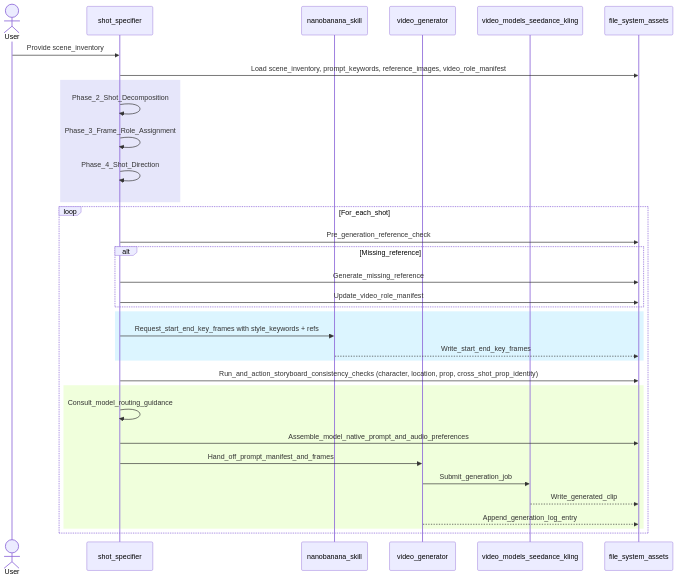
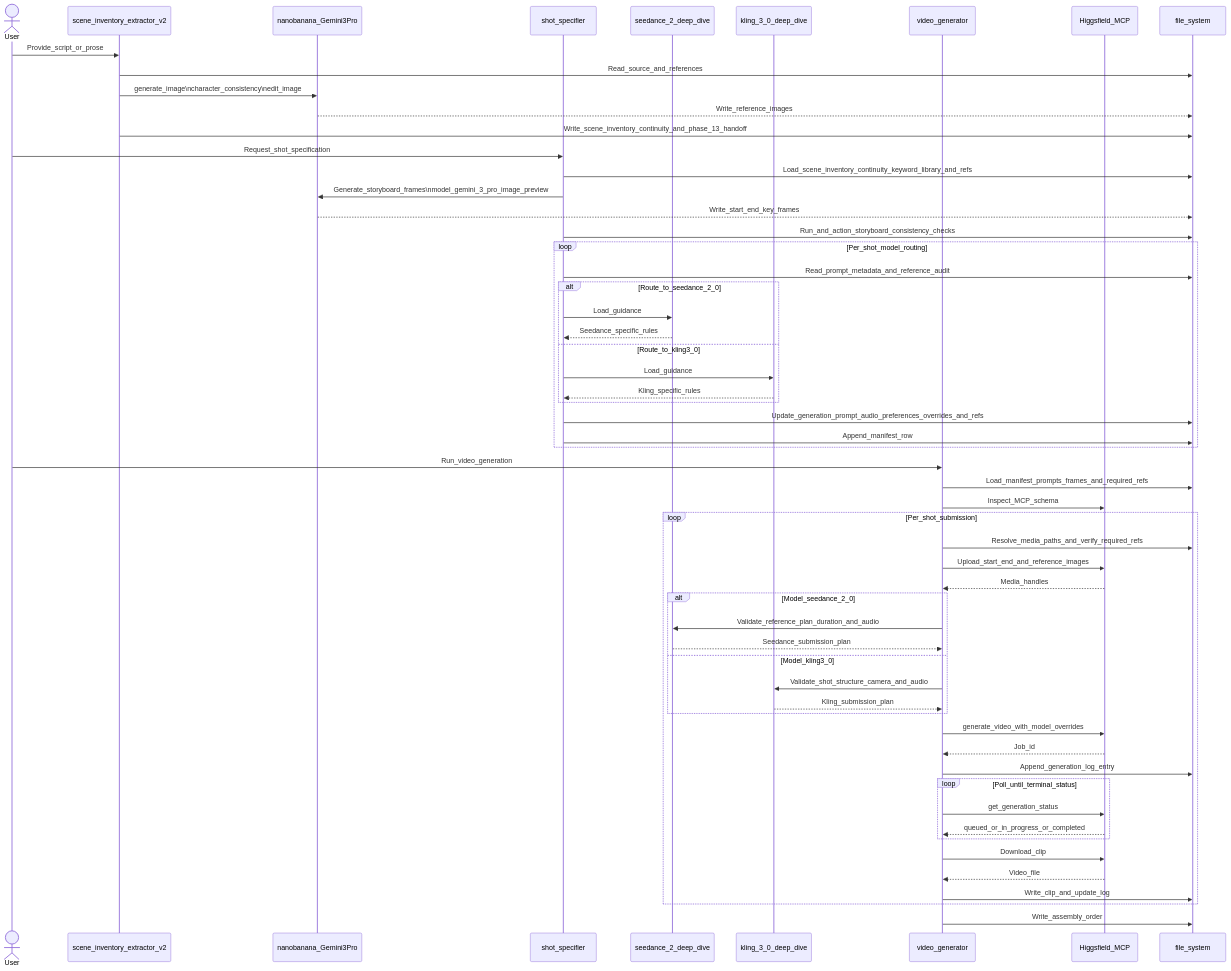
The first of 3 diagrams in docs/users-guide.md (leynos/visual-storytelling-skills), drawn with Mermaid before and after one commit. The commit also changed other lines of this file, not shown here.

First line of the commit message:
Add video pipeline diagrams to users guide

````diff
--- a/docs/users-guide.md
+++ b/docs/users-guide.md
@@ -28,42 +29,70 @@
 ```mermaid
 sequenceDiagram
   actor User
-  participant Shot_specifier as shot_specifier
-  participant Nanobanana as nanobanana_skill
-  participant Video_generator as video_generator
-  participant Video_models as video_models_seedance_kling
-  participant FS as file_system_assets
+  participant Extractor as scene_inventory_extractor_v2
+  participant Nano as nanobanana_Gemini3Pro
+  participant Shot as shot_specifier
+  participant SeedanceDD as seedance_2_deep_dive
+  participant KlingDD as kling_3_0_deep_dive
+  participant VideoGen as video_generator
+  participant Higgs as Higgsfield_MCP
+  participant FS as file_system
 
-  User->>Shot_specifier: Provide scene_inventory
-  Shot_specifier->>FS: Load scene_inventory, prompt_keywords, reference_images, video_role_manifest
+  User->>Extractor: Provide_script_or_prose
+  Extractor->>FS: Read_source_and_references
+  Extractor->>Nano: generate_image\ncharacter_consistency\nedit_image
+  Nano-->>FS: Write_reference_images
+  Extractor->>FS: Write_scene_inventory_continuity_and_phase_13_handoff
 
-  rect rgb(230,230,250)
-    Shot_specifier->>Shot_specifier: Phase_2_Shot_Decomposition
-    Shot_specifier->>Shot_specifier: Phase_3_Frame_Role_Assignment
-    Shot_specifier->>Shot_specifier: Phase_4_Shot_Direction
+  User->>Shot: Request_shot_specification
+  Shot->>FS: Load_scene_inventory_continuity_keyword_library_and_refs
+  Shot->>Nano: Generate_storyboard_frames\nmodel_gemini_3_pro_image_preview
+  Nano-->>FS: Write_start_end_key_frames
+  Shot->>FS: Run_and_action_storyboard_consistency_checks
+
+  loop Per_shot_model_routing
+    Shot->>FS: Read_prompt_metadata_and_reference_audit
+    alt Route_to_seedance_2_0
+      Shot->>SeedanceDD: Load_guidance
+      SeedanceDD-->>Shot: Seedance_specific_rules
+    else Route_to_kling3_0
+      Shot->>KlingDD: Load_guidance
+      KlingDD-->>Shot: Kling_specific_rules
+    end
+    Shot->>FS: Update_generation_prompt_audio_preferences_overrides_and_refs
+    Shot->>FS: Append_manifest_row
   end
 
-  loop For_each_shot
-    Shot_specifier->>FS: Pre_generation_reference_check
-    alt Missing_reference
-      Shot_specifier->>FS: Generate_missing_reference
-      Shot_specifier->>FS: Update_video_role_manifest
+  User->>VideoGen: Run_video_generation
+  VideoGen->>FS: Load_manifest_prompts_frames_and_required_refs
+  VideoGen->>Higgs: Inspect_MCP_schema
+
+  loop Per_shot_submission
+    VideoGen->>FS: Resolve_media_paths_and_verify_required_refs
+    VideoGen->>Higgs: Upload_start_end_and_reference_images
+    Higgs-->>VideoGen: Media_handles
+
+    alt Model_seedance_2_0
+      VideoGen->>SeedanceDD: Validate_reference_plan_duration_and_audio
+      SeedanceDD-->>VideoGen: Seedance_submission_plan
+    else Model_kling3_0
+      VideoGen->>KlingDD: Validate_shot_structure_camera_and_audio
+      KlingDD-->>VideoGen: Kling_submission_plan
     end
 
-    rect rgb(220,245,255)
-      Shot_specifier->>Nanobanana: Request_start_end_key_frames with style_keywords + refs
-      Nanobanana-->>FS: Write_start_end_key_frames
+    VideoGen->>Higgs: generate_video_with_model_overrides
+    Higgs-->>VideoGen: Job_id
+    VideoGen->>FS: Append_generation_log_entry
+
+    loop Poll_until_terminal_status
+      VideoGen->>Higgs: get_generation_status
+      Higgs-->>VideoGen: queued_or_in_progress_or_completed
     end
 
-    Shot_specifier->>FS: Run_and_action_storyboard_consistency_checks (character, location, prop, cross_shot_prop_identity)
+    VideoGen->>Higgs: Download_clip
+    Higgs-->>VideoGen: Video_file
+    VideoGen->>FS: Write_clip_and_update_log
+  end
 
-    rect rgb(240,255,220)
-      Shot_specifier->>Shot_specifier: Consult_model_routing_guidance
-      Shot_specifier->>FS: Assemble_model_native_prompt_and_audio_preferences
-      Shot_specifier->>Video_generator: Hand_off_prompt_manifest_and_frames
-      Video_generator->>Video_models: Submit_generation_job
-      Video_models-->>FS: Write_generated_clip
-      Video_generator-->>FS: Append_generation_log_entry
-    end
-  end
+  VideoGen->>FS: Write_assembly_order
 ```
````
